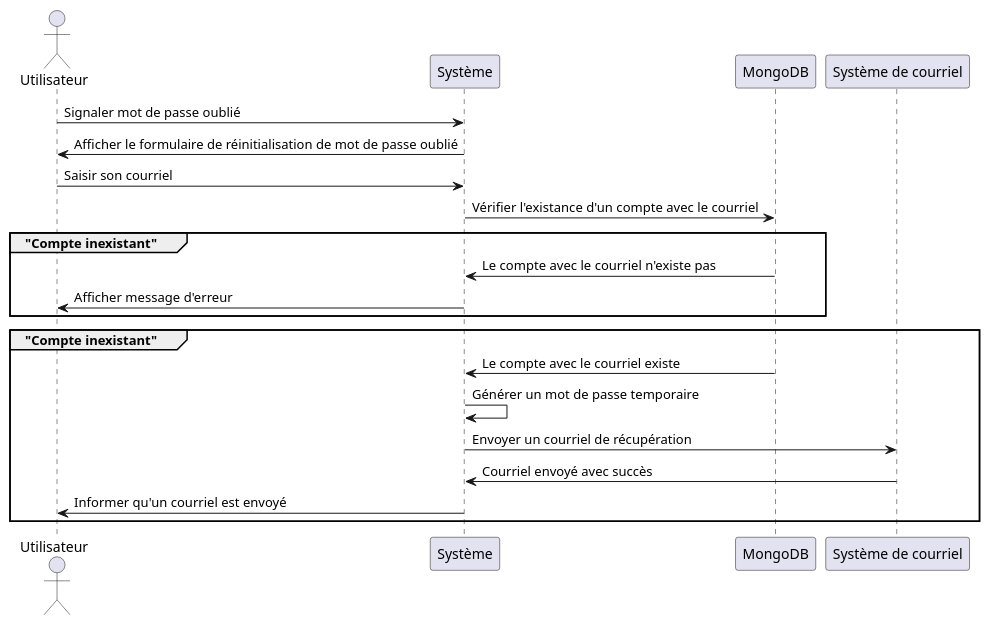
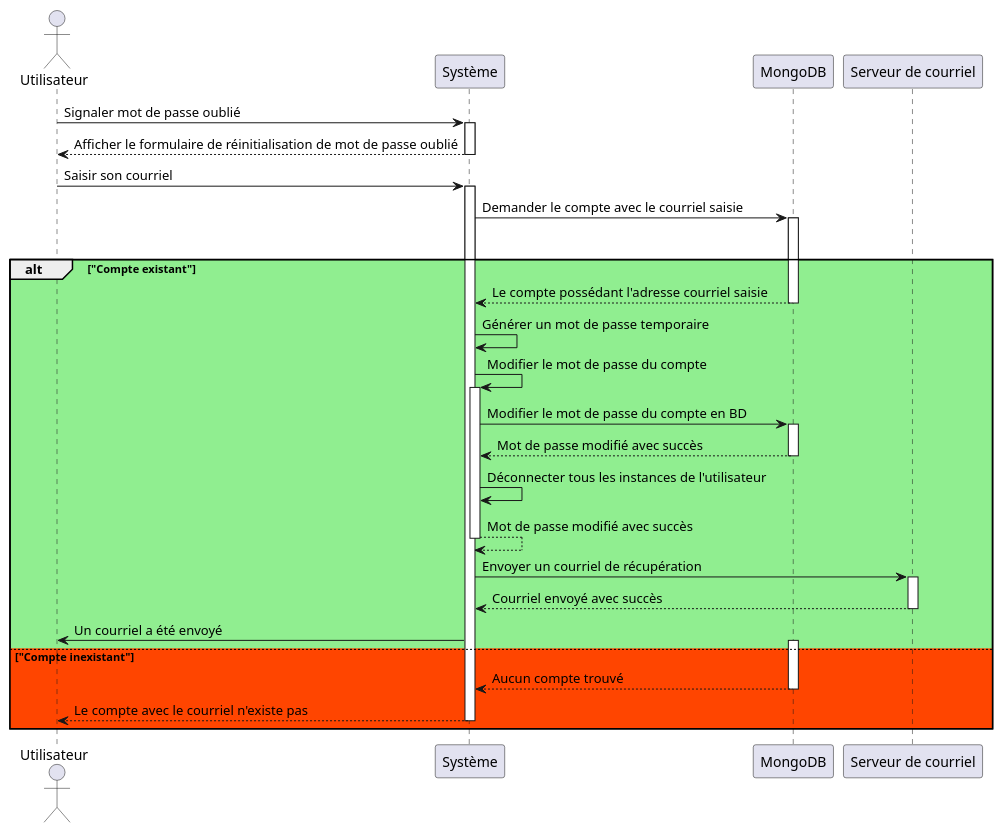
One commit to yasskadd/Scrabble changed the tenth of 11 diagrams in doc/LOG3900-110_Architecture_Logiciel.md. Above: the diagram before and after it, drawn with PlantUML. The commit also changed other lines of this file, not shown here.

Commit message:
more diagrams added

```diff
--- a/doc/LOG3900-110_Architecture_Logiciel.md
+++ b/doc/LOG3900-110_Architecture_Logiciel.md
@@ -270,26 +330,32 @@
 @startuml
 
 actor Utilisateur as user
 participant "Système" as system
 participant "MongoDB" as mongodb
-participant "Système de courriel" as mail_system
+participant "Serveur de courriel" as mail_system
 
-user -> system: Signaler mot de passe oublié
-user <- system: Afficher le formulaire de réinitialisation de mot de passe oublié
-user -> system: Saisir son courriel
-system -> mongodb: Vérifier l'existance d'un compte avec le courriel
+user -> system ++: Signaler mot de passe oublié
+return Afficher le formulaire de réinitialisation de mot de passe oublié
+user -> system ++: Saisir son courriel
+system -> mongodb ++: Demander le compte avec le courriel saisie
 
-group "Compte inexistant"
-system <- mongodb: Le compte avec le courriel n'existe pas
-user <- system: Afficher message d'erreur
-end
-
-group "Compte inexistant"
-system <- mongodb: Le compte avec le courriel existe
+group
+alt #lightgreen "Compte existant"
+return Le compte possédant l'adresse courriel saisie
 system -> system: Générer un mot de passe temporaire
-system -> mail_system: Envoyer un courriel de récupération
-system <- mail_system: Courriel envoyé avec succès
-user <- system: Informer qu'un courriel est envoyé
+system -> system ++: Modifier le mot de passe du compte
+system -> mongodb ++: Modifier le mot de passe du compte en BD
+return Mot de passe modifié avec succès
+system -> system: Déconnecter tous les instances de l'utilisateur
+return Mot de passe modifié avec succès
+system -> mail_system ++: Envoyer un courriel de récupération
+return Courriel envoyé avec succès
+user <- system: Un courriel a été envoyé
+else #OrangeRed "Compte inexistant"
+activate mongodb
+system <-- mongodb: Aucun compte trouvé
+deactivate mongodb
+return Le compte avec le courriel n'existe pas
 end
 
 @enduml
```
